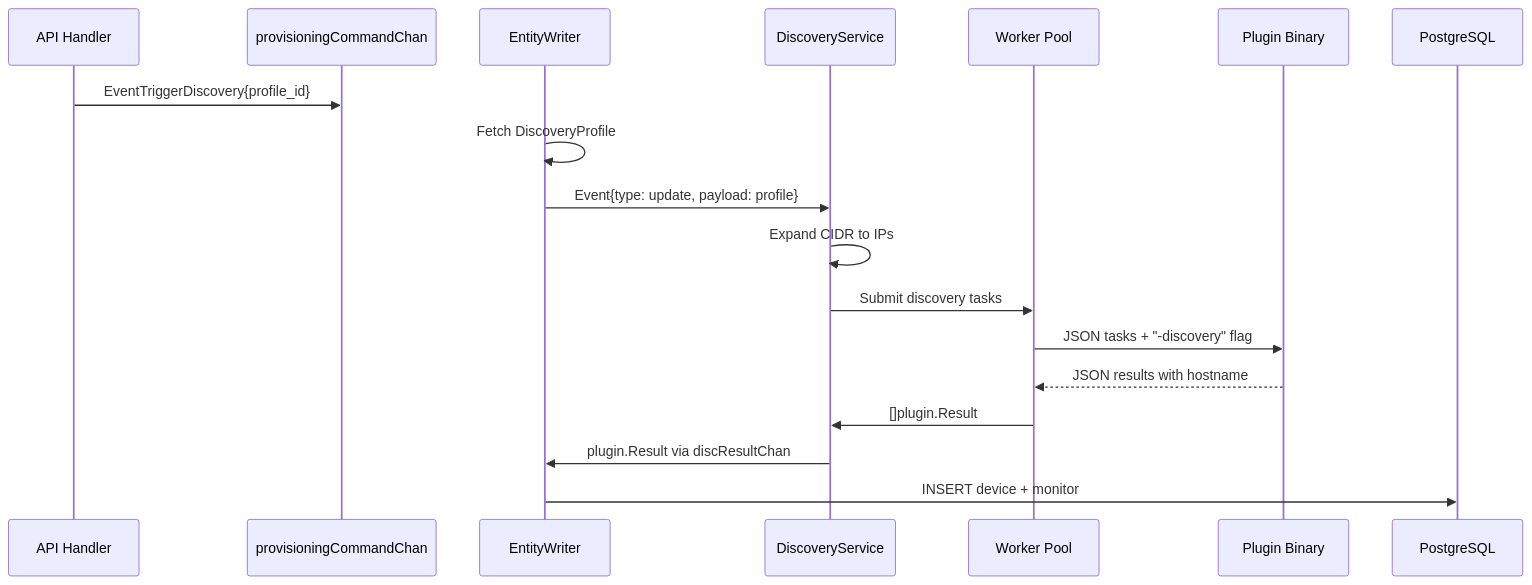
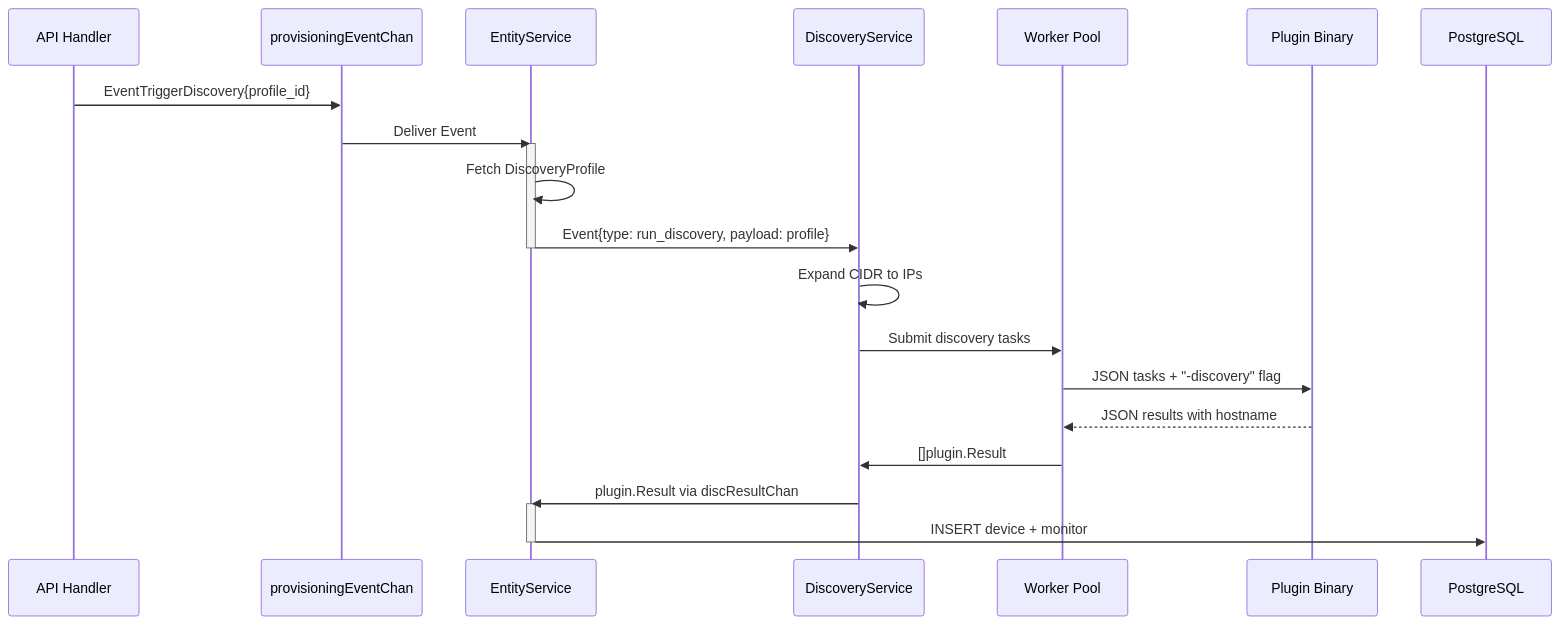
The fifth of 10 diagrams in ARCHITECTURE.md (PremModhaOfficial/nms), drawn with Mermaid before and after one commit. The commit also changed other lines of this file and 24 other files, not shown here.

````diff
--- a/ARCHITECTURE.md
+++ b/ARCHITECTURE.md
@@ -191,22 +189,27 @@
 ```mermaid
 sequenceDiagram
     participant API as API Handler
-    participant CMD as provisioningCommandChan
-    participant EW as EntityWriter
+    participant CMD as provisioningEventChan
+    participant ES as EntityService
     participant DISC as DiscoveryService
     participant POOL as Worker Pool
     participant PLUGIN as Plugin Binary
     participant DB as PostgreSQL
 
     API->>CMD: EventTriggerDiscovery{profile_id}
-    EW->>EW: Fetch DiscoveryProfile
-    EW->>DISC: Event{type: update, payload: profile}
+    CMD->>ES: Deliver Event
+    activate ES
+    ES->>ES: Fetch DiscoveryProfile
+    ES->>DISC: Event{type: run_discovery, payload: profile}
+    deactivate ES
     
     DISC->>DISC: Expand CIDR to IPs
     DISC->>POOL: Submit discovery tasks
     POOL->>PLUGIN: JSON tasks + "-discovery" flag
     PLUGIN-->>POOL: JSON results with hostname
     POOL->>DISC: []plugin.Result
-    DISC->>EW: plugin.Result via discResultChan
-    EW->>DB: INSERT device + monitor
+    DISC->>ES: plugin.Result via discResultChan
+    activate ES
+    ES->>DB: INSERT device + monitor
+    deactivate ES
 ```
````
